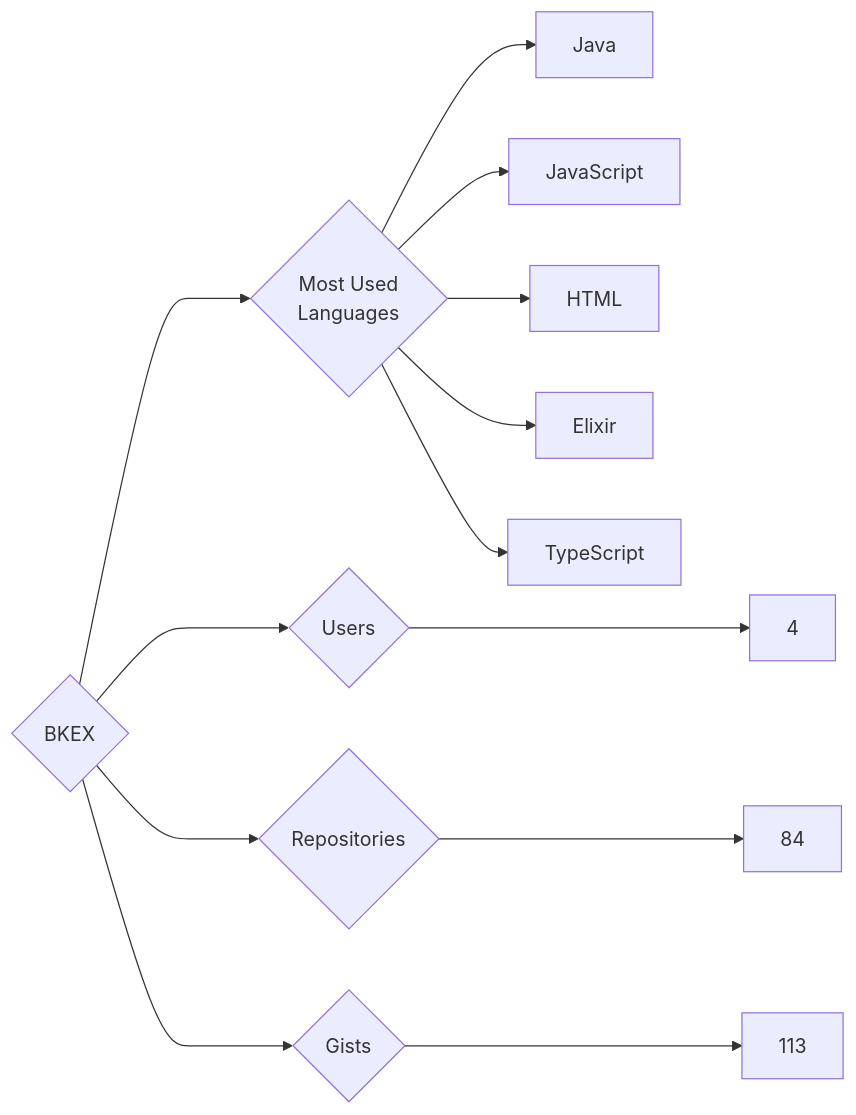
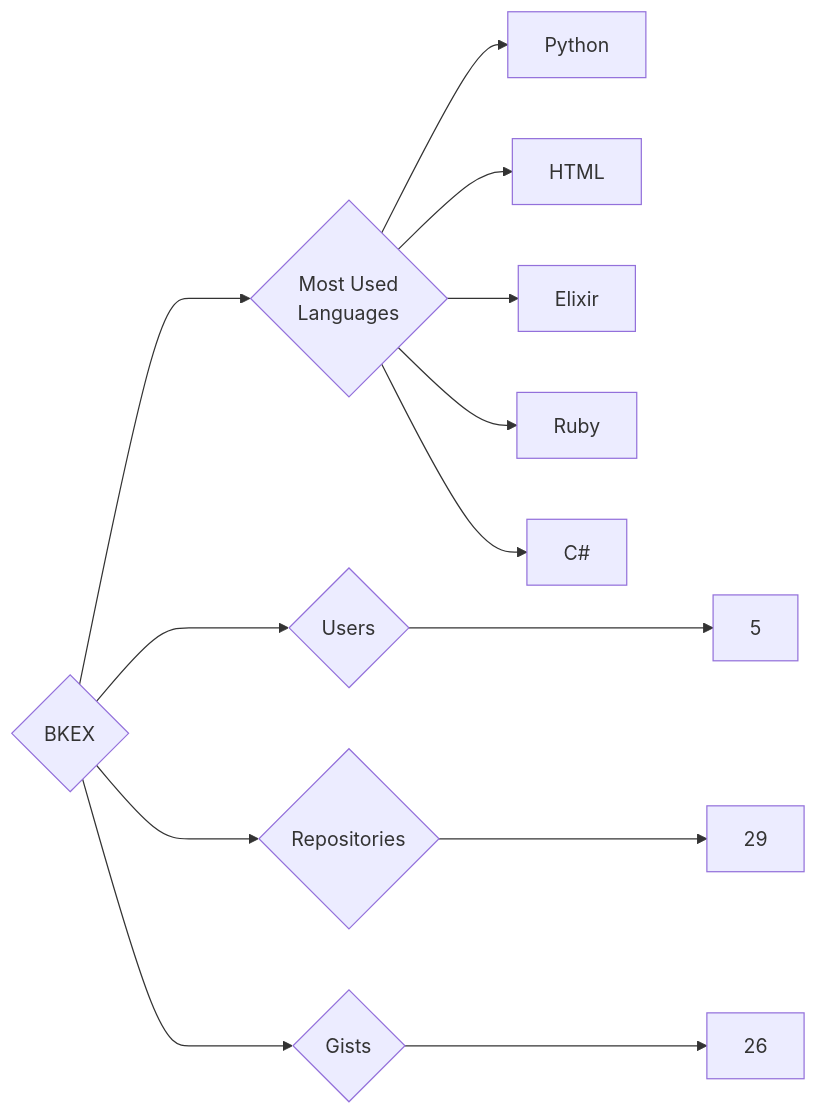
One commit to trickest/insiders changed the diagram in targets/BKEX/README.md. Above: the diagram before and after it, drawn with Mermaid. The commit also changed 859 other files, not shown here.

````diff
--- a/targets/BKEX/README.md
+++ b/targets/BKEX/README.md
@@ -3,13 +3,13 @@
 ```mermaid
 graph LR
 COMPANY_NAME{BKEX}
-COMPANY_NAME ---> U{Users} ---> UN[4]
-COMPANY_NAME ---> R{Repositories} ---> RN[84]
-COMPANY_NAME ---> G{Gists} ---> GN[113]
+COMPANY_NAME ---> U{Users} ---> UN[5]
+COMPANY_NAME ---> R{Repositories} ---> RN[29]
+COMPANY_NAME ---> G{Gists} ---> GN[26]
 COMPANY_NAME ---> ML{Most Used<br>Languages}
-ML --> Java[Java]
-ML --> JavaScript[JavaScript]
+ML --> Python[Python]
 ML --> HTML[HTML]
 ML --> Elixir[Elixir]
-ML --> TypeScript[TypeScript]
+ML --> Ruby[Ruby]
+ML --> C#[C#]
 ```
````
